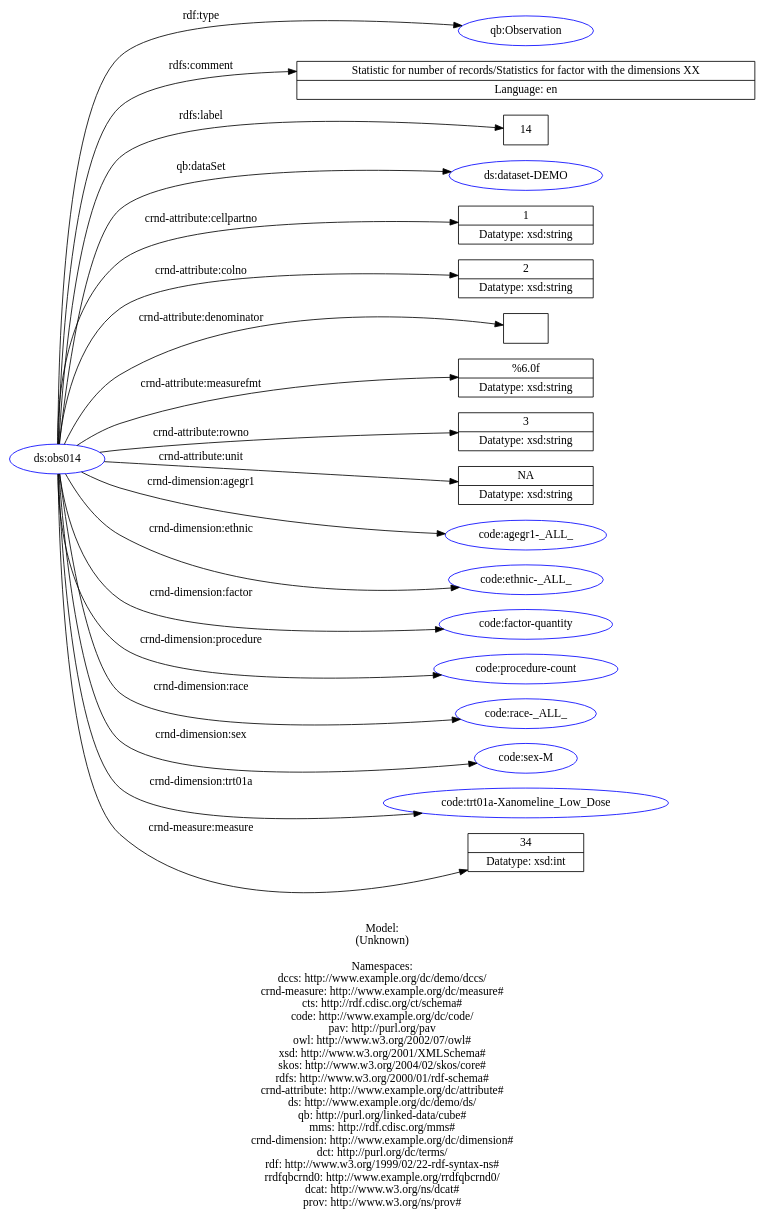
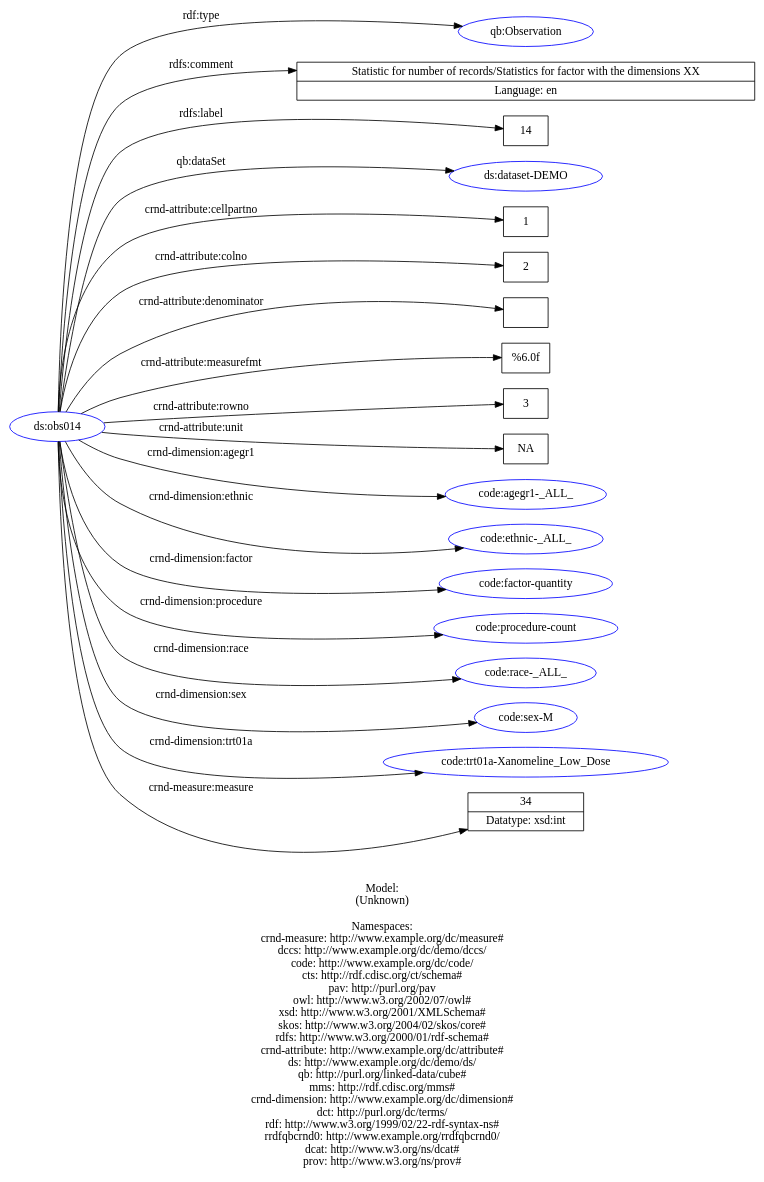
One commit to MarcJAndersen/rrdfqbcrnd0 changed the diagram in rrdfqbcrnd0/inst/extdata/sample-rdf/fordot.dot. Above: the diagram before and after it, drawn with Graphviz. The commit also changed 36 other files, not shown here.

```diff
--- a/rrdfqbcrnd0/inst/extdata/sample-rdf/fordot.dot
+++ b/rrdfqbcrnd0/inst/extdata/sample-rdf/fordot.dot
@@ -1,50 +1,50 @@
 digraph {
 	rankdir = LR;
 	charset="utf-8";
 
 	"Rds:obs014" -> "Rqb:Observation" [ label="rdf:type" ];
 	"Rds:obs014" -> "LStatistic for number of records/Statistics for factor with the dimensions XX|Language: en" [ label="rdfs:comment" ];
 	"Rds:obs014" -> "L14" [ label="rdfs:label" ];
 	"Rds:obs014" -> "Rds:dataset-DEMO" [ label="qb:dataSet" ];
-	"Rds:obs014" -> "L1|Datatype: xsd:string" [ label="crnd-attribute:cellpartno" ];
-	"Rds:obs014" -> "L2|Datatype: xsd:string" [ label="crnd-attribute:colno" ];
+	"Rds:obs014" -> "L1" [ label="crnd-attribute:cellpartno" ];
+	"Rds:obs014" -> "L2" [ label="crnd-attribute:colno" ];
 	"Rds:obs014" -> "L" [ label="crnd-attribute:denominator" ];
-	"Rds:obs014" -> "L%6.0f|Datatype: xsd:string" [ label="crnd-attribute:measurefmt" ];
-	"Rds:obs014" -> "L3|Datatype: xsd:string" [ label="crnd-attribute:rowno" ];
-	"Rds:obs014" -> "LNA|Datatype: xsd:string" [ label="crnd-attribute:unit" ];
+	"Rds:obs014" -> "L%6.0f" [ label="crnd-attribute:measurefmt" ];
+	"Rds:obs014" -> "L3" [ label="crnd-attribute:rowno" ];
+	"Rds:obs014" -> "LNA" [ label="crnd-attribute:unit" ];
 	"Rds:obs014" -> "Rcode:agegr1-_ALL_" [ label="crnd-dimension:agegr1" ];
 	"Rds:obs014" -> "Rcode:ethnic-_ALL_" [ label="crnd-dimension:ethnic" ];
 	"Rds:obs014" -> "Rcode:factor-quantity" [ label="crnd-dimension:factor" ];
 	"Rds:obs014" -> "Rcode:procedure-count" [ label="crnd-dimension:procedure" ];
 	"Rds:obs014" -> "Rcode:race-_ALL_" [ label="crnd-dimension:race" ];
 	"Rds:obs014" -> "Rcode:sex-M" [ label="crnd-dimension:sex" ];
 	"Rds:obs014" -> "Rcode:trt01a-Xanomeline_Low_Dose" [ label="crnd-dimension:trt01a" ];
 	"Rds:obs014" -> "L34|Datatype: xsd:int" [ label="crnd-measure:measure" ];
 
 	// Resources
 	"Rds:obs014" [ label="ds:obs014", shape = ellipse, color = blue ];
 	"Rqb:Observation" [ label="qb:Observation", shape = ellipse, color = blue ];
 	"Rds:dataset-DEMO" [ label="ds:dataset-DEMO", shape = ellipse, color = blue ];
 	"Rcode:agegr1-_ALL_" [ label="code:agegr1-_ALL_", shape = ellipse, color = blue ];
 	"Rcode:ethnic-_ALL_" [ label="code:ethnic-_ALL_", shape = ellipse, color = blue ];
 	"Rcode:factor-quantity" [ label="code:factor-quantity", shape = ellipse, color = blue ];
 	"Rcode:procedure-count" [ label="code:procedure-count", shape = ellipse, color = blue ];
 	"Rcode:race-_ALL_" [ label="code:race-_ALL_", shape = ellipse, color = blue ];
 	"Rcode:sex-M" [ label="code:sex-M", shape = ellipse, color = blue ];
 	"Rcode:trt01a-Xanomeline_Low_Dose" [ label="code:trt01a-Xanomeline_Low_Dose", shape = ellipse, color = blue ];
 
 	// Anonymous nodes
 
 	// Literals
 	"LStatistic for number of records/Statistics for factor with the dimensions XX|Language: en" [ label="Statistic for number of records/Statistics for factor with the dimensions XX|Language: en", shape = record ];
 	"L14" [ label="14", shape = record ];
-	"L1|Datatype: xsd:string" [ label="1|Datatype: xsd:string", shape = record ];
-	"L2|Datatype: xsd:string" [ label="2|Datatype: xsd:string", shape = record ];
+	"L1" [ label="1", shape = record ];
+	"L2" [ label="2", shape = record ];
 	"L" [ label="", shape = record ];
-	"L%6.0f|Datatype: xsd:string" [ label="%6.0f|Datatype: xsd:string", shape = record ];
-	"L3|Datatype: xsd:string" [ label="3|Datatype: xsd:string", shape = record ];
-	"LNA|Datatype: xsd:string" [ label="NA|Datatype: xsd:string", shape = record ];
+	"L%6.0f" [ label="%6.0f", shape = record ];
+	"L3" [ label="3", shape = record ];
+	"LNA" [ label="NA", shape = record ];
 	"L34|Datatype: xsd:int" [ label="34|Datatype: xsd:int", shape = record ];
 
-	label="\n\nModel:\n(Unknown)\n\nNamespaces:\ndccs: http://www.example.org/dc/demo/dccs/\ncrnd-measure: http://www.example.org/dc/measure#\ncts: http://rdf.cdisc.org/ct/schema#\ncode: http://www.example.org/dc/code/\npav: http://purl.org/pav\nowl: http://www.w3.org/2002/07/owl#\nxsd: http://www.w3.org/2001/XMLSchema#\nskos: http://www.w3.org/2004/02/skos/core#\nrdfs: http://www.w3.org/2000/01/rdf-schema#\ncrnd-attribute: http://www.example.org/dc/attribute#\nds: http://www.example.org/dc/demo/ds/\nqb: http://purl.org/linked-data/cube#\nmms: http://rdf.cdisc.org/mms#\ncrnd-dimension: http://www.example.org/dc/dimension#\ndct: http://purl.org/dc/terms/\nrdf: http://www.w3.org/1999/02/22-rdf-syntax-ns#\nrrdfqbcrnd0: http://www.example.org/rrdfqbcrnd0/\ndcat: http://www.w3.org/ns/dcat#\nprov: http://www.w3.org/ns/prov#\n";
+	label="\n\nModel:\n(Unknown)\n\nNamespaces:\ncrnd-measure: http://www.example.org/dc/measure#\ndccs: http://www.example.org/dc/demo/dccs/\ncode: http://www.example.org/dc/code/\ncts: http://rdf.cdisc.org/ct/schema#\npav: http://purl.org/pav\nowl: http://www.w3.org/2002/07/owl#\nxsd: http://www.w3.org/2001/XMLSchema#\nskos: http://www.w3.org/2004/02/skos/core#\nrdfs: http://www.w3.org/2000/01/rdf-schema#\ncrnd-attribute: http://www.example.org/dc/attribute#\nds: http://www.example.org/dc/demo/ds/\nqb: http://purl.org/linked-data/cube#\nmms: http://rdf.cdisc.org/mms#\ncrnd-dimension: http://www.example.org/dc/dimension#\ndct: http://purl.org/dc/terms/\nrdf: http://www.w3.org/1999/02/22-rdf-syntax-ns#\nrrdfqbcrnd0: http://www.example.org/rrdfqbcrnd0/\ndcat: http://www.w3.org/ns/dcat#\nprov: http://www.w3.org/ns/prov#\n";
 }
```
